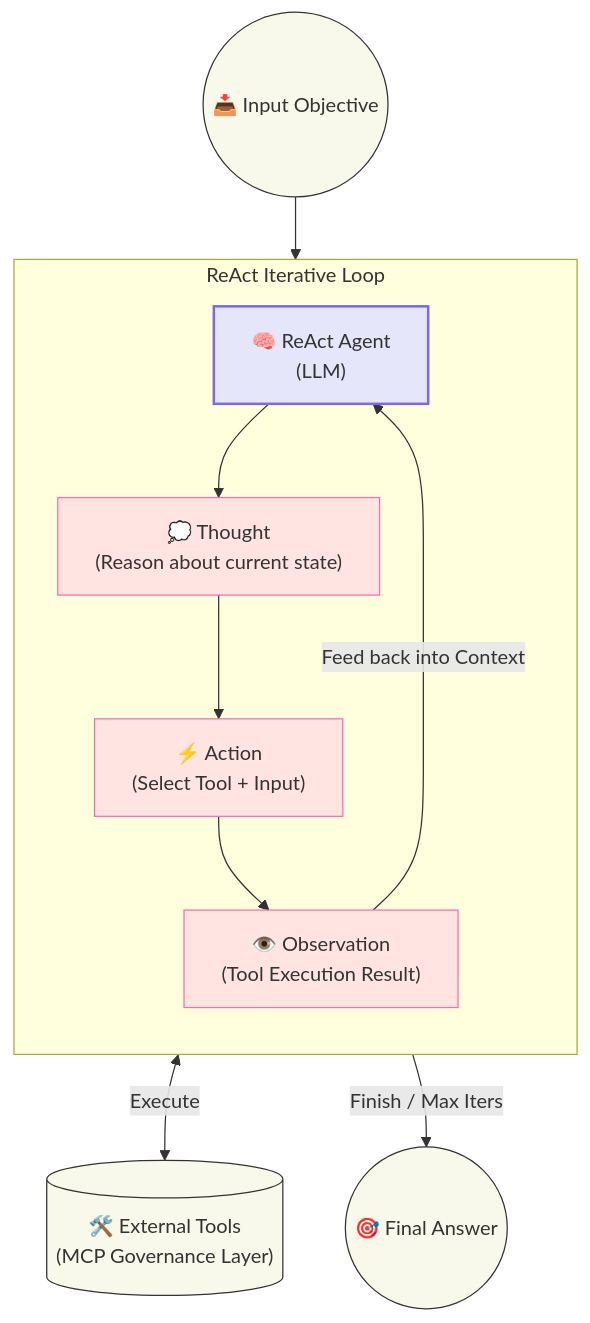
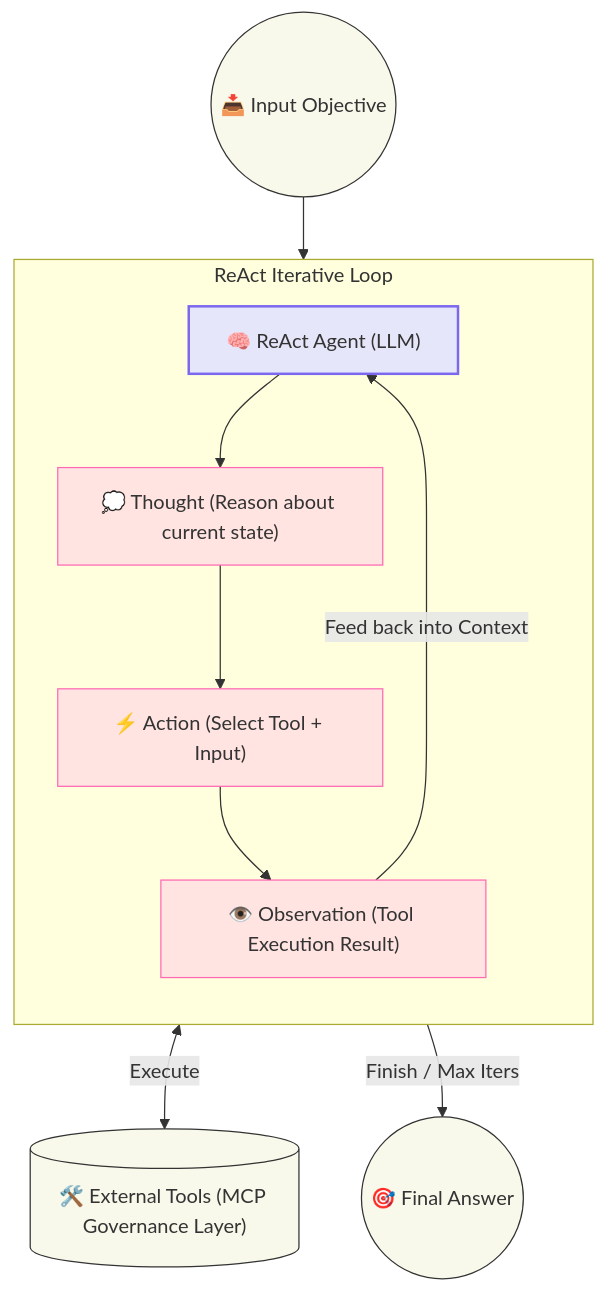
Before and after one commit to zhuoyu246/Agentic-DataLab: the fourth of 5 diagrams in README.md, drawn with Mermaid. The commit also changed other lines of this file, not shown here.

Commit message:
docs: fix all Mermaid diagrams - remove br/ tags and ampersands for GitHub rendering

````diff
--- a/README.md
+++ b/README.md
@@ -178,31 +178,31 @@
 ```mermaid
 graph TD
     Input(("📥 Input Objective")) --> ReActAgent
     
     subgraph ReActLoop [ReAct Iterative Loop]
         direction TB
-        ReActAgent["🧠 ReAct Agent<br/>(LLM)"]
+        ReActAgent["🧠 ReAct Agent (LLM)"]
         
-        Thought["💭 Thought<br/>(Reason about current state)"]
-        Action["⚡ Action<br/>(Select Tool + Input)"]
-        Obs["👁️ Observation<br/>(Tool Execution Result)"]
+        Thought["💭 Thought (Reason about current state)"]
+        Action["⚡ Action (Select Tool + Input)"]
+        Obs["👁️ Observation (Tool Execution Result)"]
         
         ReActAgent --> Thought
         Thought --> Action
         Action --> Obs
         Obs -->|Feed back into Context| ReActAgent
     end
     
-    Tools[("🛠️ External Tools<br/>(MCP Governance Layer)")]
+    Tools[("🛠️ External Tools (MCP Governance Layer)")]
     Action <-->|Execute| Tools
     
     ReActAgent -->|Finish / Max Iters| FinalAnswer(("🎯 Final Answer"))
     
     classDef default fill:#f9f9eb,stroke:#333,stroke-width:1px;
     classDef agent fill:#e6e6fa,stroke:#7b68ee,stroke-width:2px;
     classDef state fill:#ffe4e1,stroke:#ff69b4,stroke-width:1px;
     
     class ReActAgent agent;
     class Thought,Action,Obs state;
     class Input,FinalAnswer fill:#d4edda,stroke:#28a745,stroke-width:2px;
 ```
````
